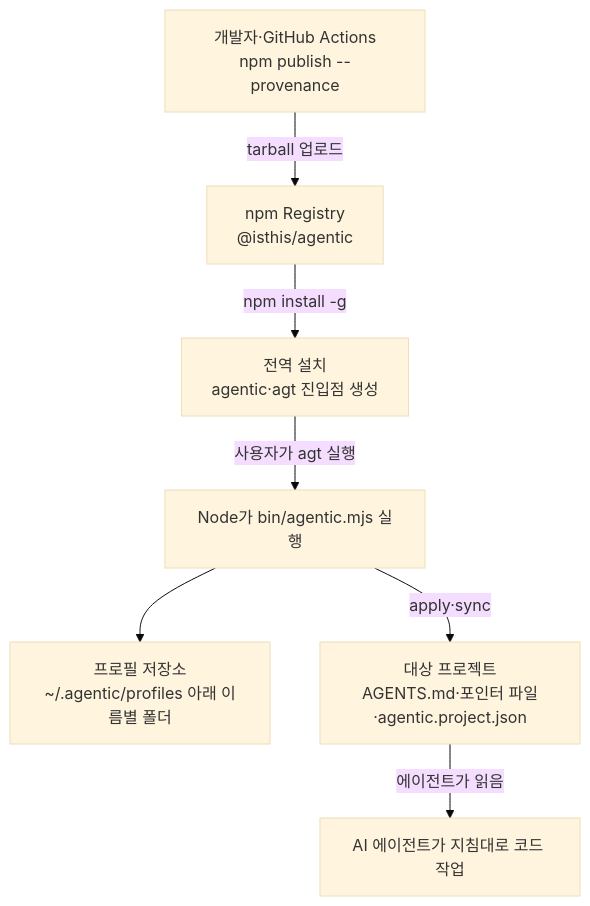
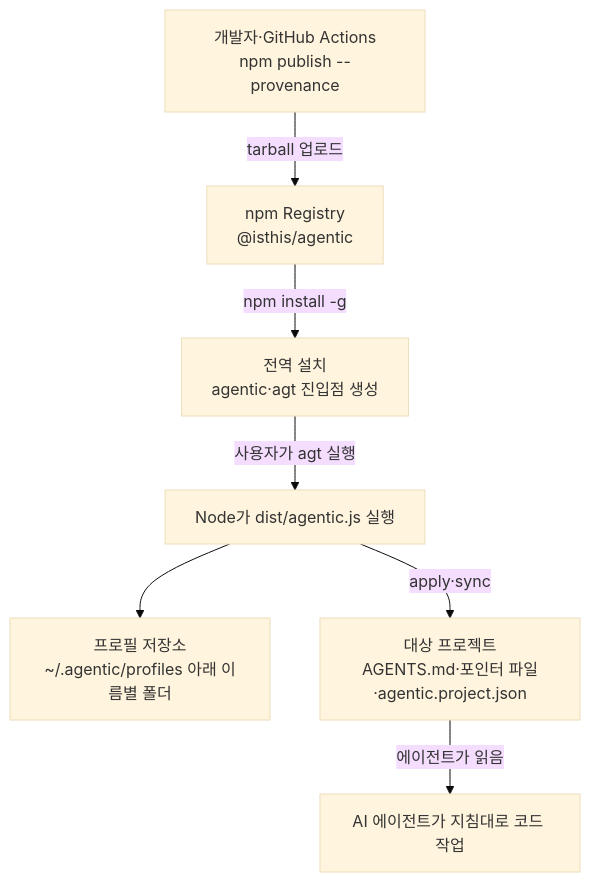
One commit to IsthisLee/agent-context-manager changed the first of 6 diagrams in docs/implementation-principles.md. Above: the diagram before and after it, drawn with Mermaid (base theme). The commit also changed other lines of this file and 102 other files, not shown here.

````diff
--- a/docs/implementation-principles.md
+++ b/docs/implementation-principles.md
@@ -27,9 +27,9 @@
 ```mermaid
 flowchart TD
   DEV["개발자·GitHub Actions<br/>npm publish --provenance"] -->|"tarball 업로드"| REG["npm Registry<br/>@isthis/agentic"]
   REG -->|"npm install -g"| GBIN["전역 설치<br/>agentic·agt 진입점 생성"]
-  GBIN -->|"사용자가 agt 실행"| CLI["Node가 bin/agentic.mjs 실행"]
+  GBIN -->|"사용자가 agt 실행"| CLI["Node가 dist/agentic.js 실행"]
   CLI --> CORE["프로필 저장소<br/>~/.agentic/profiles 아래 이름별 폴더"]
   CLI -->|"apply·sync"| PROJ["대상 프로젝트<br/>AGENTS.md·포인터 파일·agentic.project.json"]
   PROJ -->|"에이전트가 읽음"| AGENT["AI 에이전트가 지침대로 코드 작업"]
 ```
````
